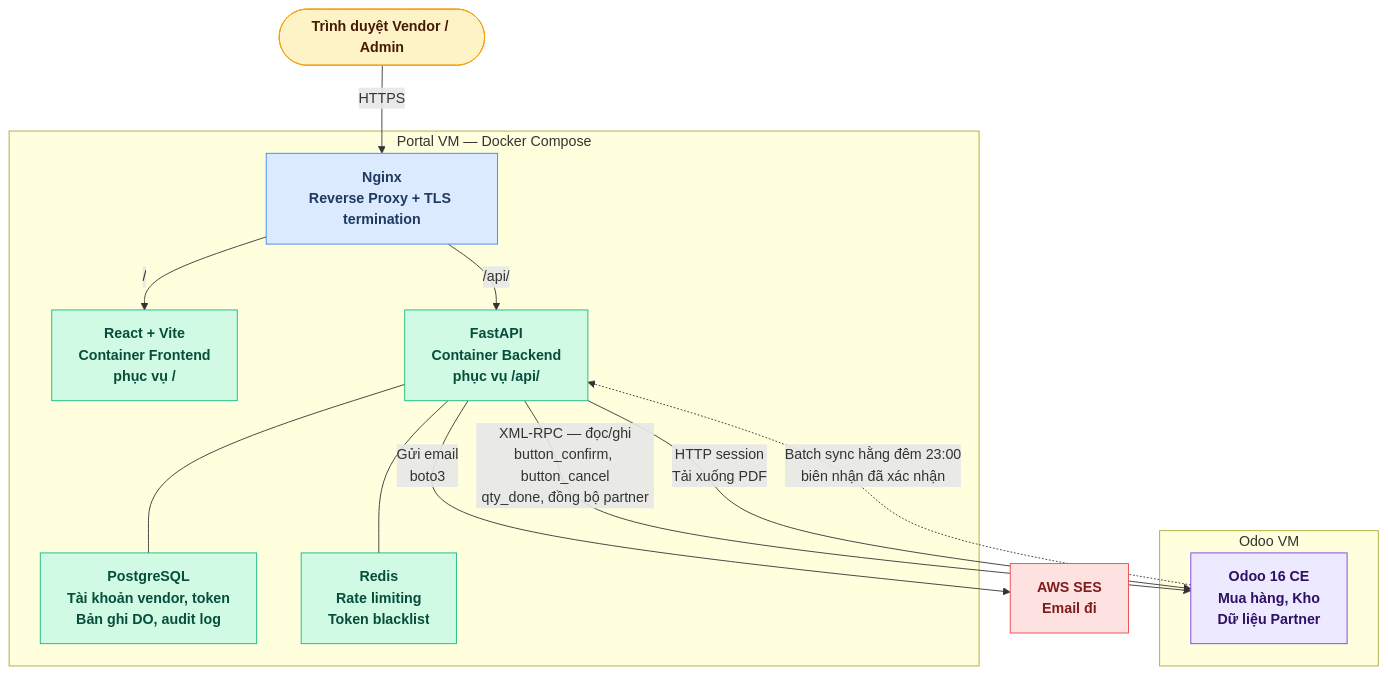
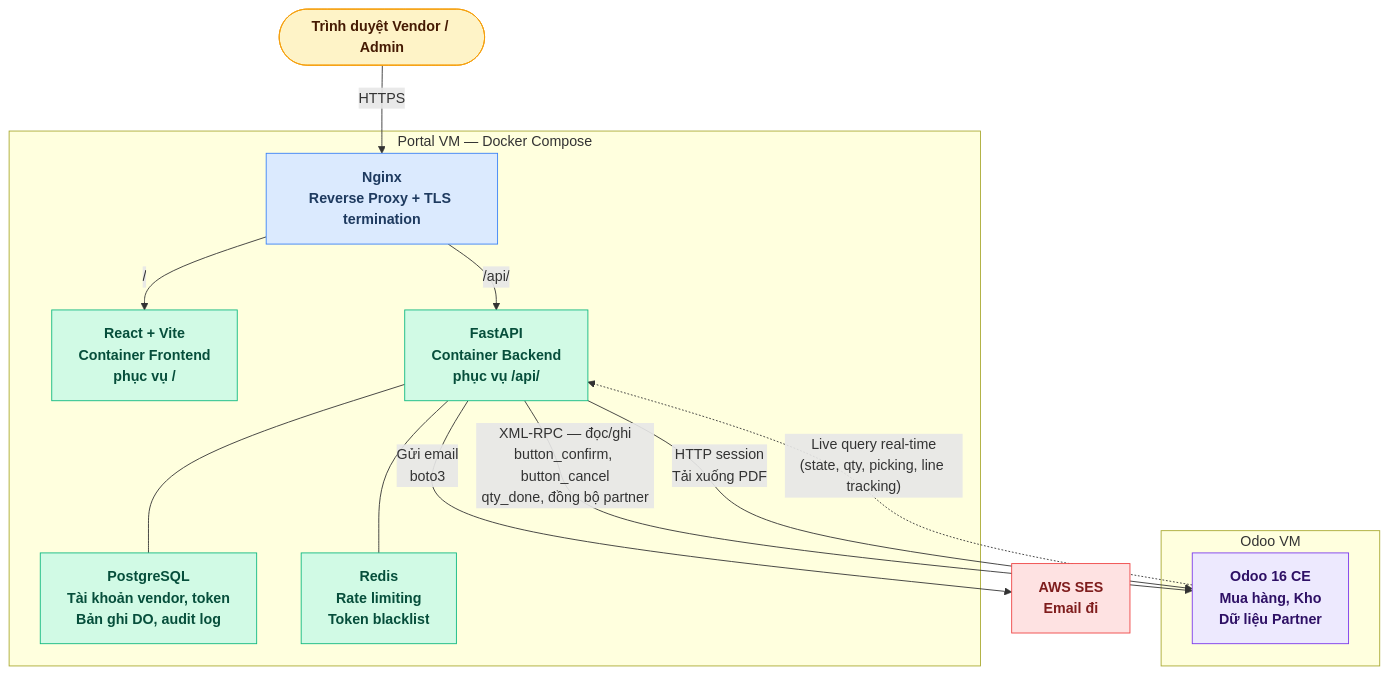
The first of 2 diagrams in README.md (ngohuuduc/3S_vendor_portal), drawn with Mermaid before and after one commit. The commit also changed other lines of this file and 2 other files, not shown here.

First line of the commit message:
Cleanup: bỏ stale references về push 23:00, ký điện tử; làm rõ email Receipt do Odoo gửi

````diff
--- a/README.md
+++ b/README.md
@@ -74,34 +74,34 @@
 ```mermaid
 flowchart TD
     classDef client   fill:#FEF3C7,stroke:#F59E0B,color:#451A03,font-weight:bold
     classDef infra    fill:#DBEAFE,stroke:#3B82F6,color:#1E3A5F,font-weight:bold
     classDef app      fill:#D1FAE5,stroke:#10B981,color:#064E3B,font-weight:bold
     classDef store    fill:#EDE9FE,stroke:#7C3AED,color:#2E1065,font-weight:bold
     classDef external fill:#FEE2E2,stroke:#EF4444,color:#7F1D1D,font-weight:bold
 
     Browser(["Trình duyệt Vendor / Admin"]):::client
 
     subgraph VM_PORTAL["Portal VM — Docker Compose"]
         Nginx["Nginx\nReverse Proxy + TLS termination"]:::infra
         React["React + Vite\nContainer Frontend\nphục vụ /"]:::app
         FastAPI["FastAPI\nContainer Backend\nphục vụ /api/"]:::app
         PG["PostgreSQL\nTài khoản vendor, token\nBản ghi DO, audit log"]:::app
         Redis["Redis\nRate limiting\nToken blacklist"]:::app
     end
 
     subgraph VM_ODOO["Odoo VM"]
         Odoo["Odoo 16 CE\nMua hàng, Kho\nDữ liệu Partner"]:::store
     end
 
     SES["AWS SES\nEmail đi"]:::external
 
     Browser -->|HTTPS| Nginx
     Nginx -->|"/"| React
     Nginx -->|"/api/"| FastAPI
     FastAPI --- PG
     FastAPI --- Redis
     FastAPI -->|"XML-RPC — đọc/ghi\nbutton_confirm, button_cancel\nqty_done, đồng bộ partner"| Odoo
     FastAPI -->|"HTTP session\nTải xuống PDF"| Odoo
-    Odoo -.->|"Batch sync hằng đêm 23:00\nbiên nhận đã xác nhận"| FastAPI
+    Odoo -.->|"Live query real-time\n(state, qty, picking, line tracking)"| FastAPI
     FastAPI -->|"Gửi email\nboto3"| SES
 ```
````
